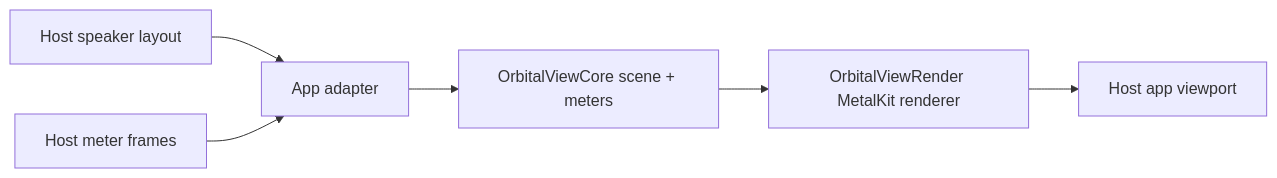
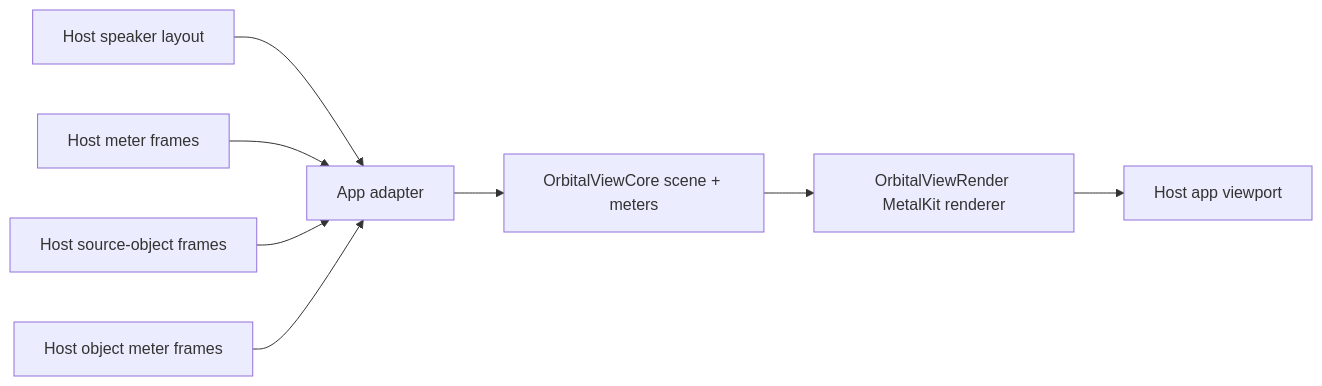
Before and after one commit to jebagu/orbital-view: the second of 11 diagrams in docs/system-flows.md, drawn with Mermaid. The commit also changed other lines of this file and 23 other files, not shown here.

````diff
--- a/docs/system-flows.md
+++ b/docs/system-flows.md
@@ -14,8 +14,10 @@
 ```mermaid
 flowchart LR
   HostLayout["Host speaker layout"] --> Adapter["App adapter"]
   HostMeters["Host meter frames"] --> Adapter
+  HostObjects["Host source-object frames"] --> Adapter
+  HostObjectMeters["Host object meter frames"] --> Adapter
   Adapter --> Core["OrbitalViewCore scene + meters"]
   Core --> Renderer["OrbitalViewRender MetalKit renderer"]
   Renderer --> UI["Host app viewport"]
 ```
````
